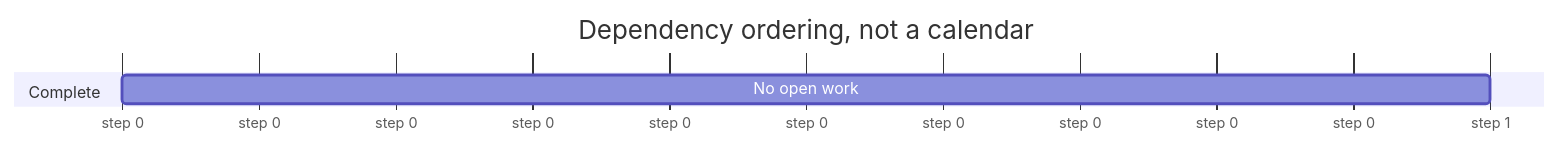
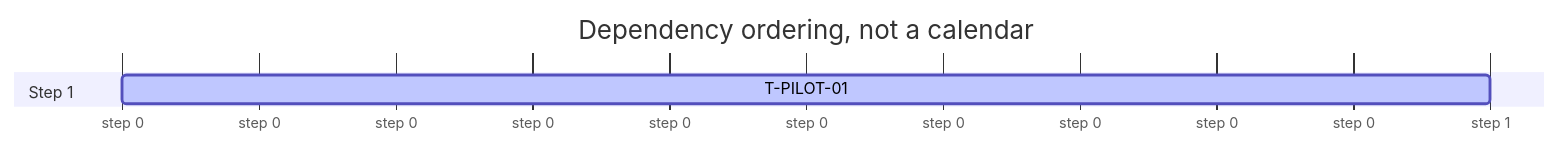
Before and after one commit to qomero/prokron: the diagram in .prokron/timeline.mmd, drawn with Mermaid. The commit also changed 13 other files, not shown here.

```diff
--- a/.prokron/timeline.mmd
+++ b/.prokron/timeline.mmd
@@ -1,9 +1,9 @@
 ---
 displayMode: compact
 ---
 gantt
     title Dependency ordering, not a calendar
     dateFormat X
     axisFormat step %s
-    section Complete
-    No open work : 0, 1
+    section Step 1
+    T-PILOT-01 : active, 0, 1
```
